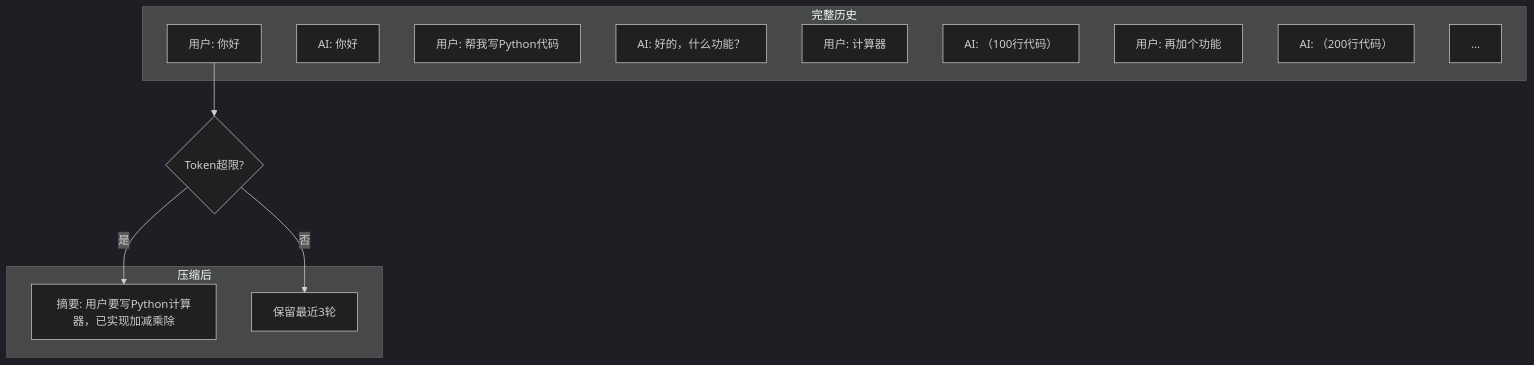
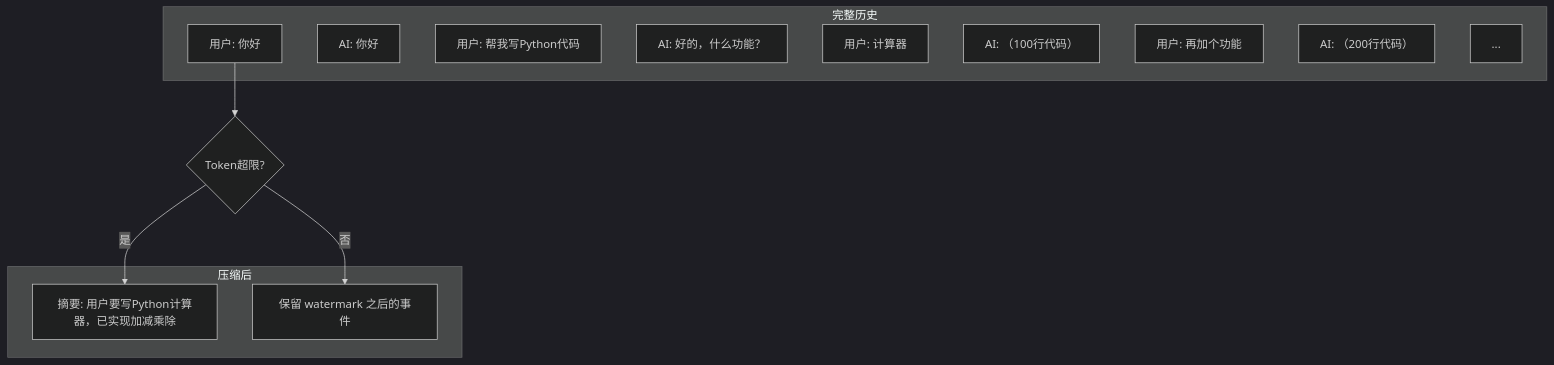
One commit to yeheng/nanobot-rs changed the third of 12 diagrams in docs/memory-history.md. Above: the diagram before and after it, drawn with Mermaid (dark theme). The commit also changed 20 other files, not shown here.

````diff
--- a/docs/memory-history.md
+++ b/docs/memory-history.md
@@ -64,25 +64,25 @@
 ```mermaid
 flowchart TB
     subgraph 完整历史
         A1[用户: 你好]
         A2[AI: 你好]
         A3[用户: 帮我写Python代码]
         A4[AI: 好的，什么功能？]
         A5[用户: 计算器]
         A6[AI: （100行代码）]
         A7[用户: 再加个功能]
         A8[AI: （200行代码）]
         ...
     end
     
     B{Token超限?}
     
     subgraph 压缩后
         C[摘要: 用户要写Python计算器，已实现加减乘除]
-        D[保留最近3轮]
+        D[保留 watermark 之后的事件]
     end
     
     A1 --> B
     B -->|是| C
     B -->|否| D
 ```
````
